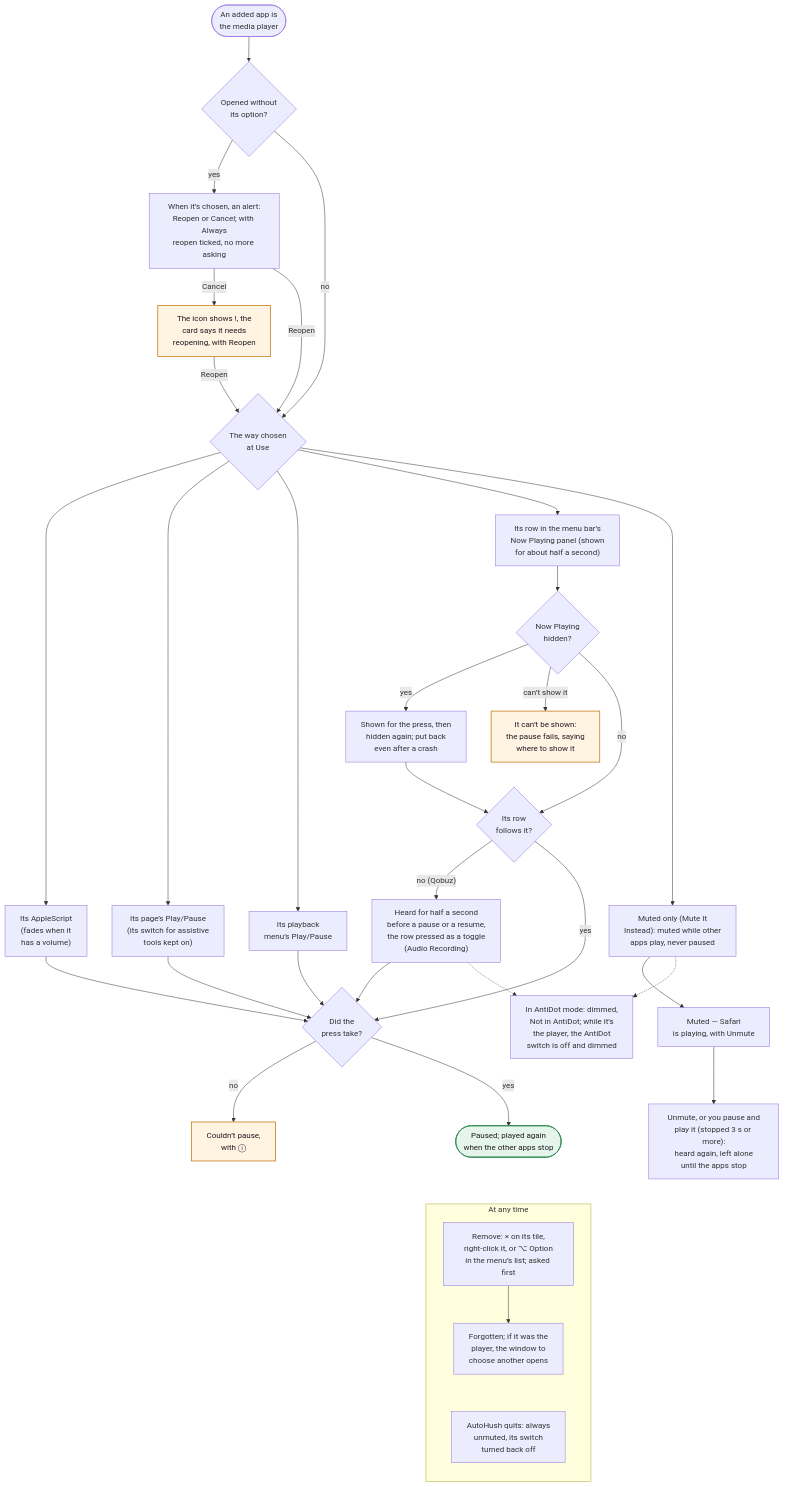
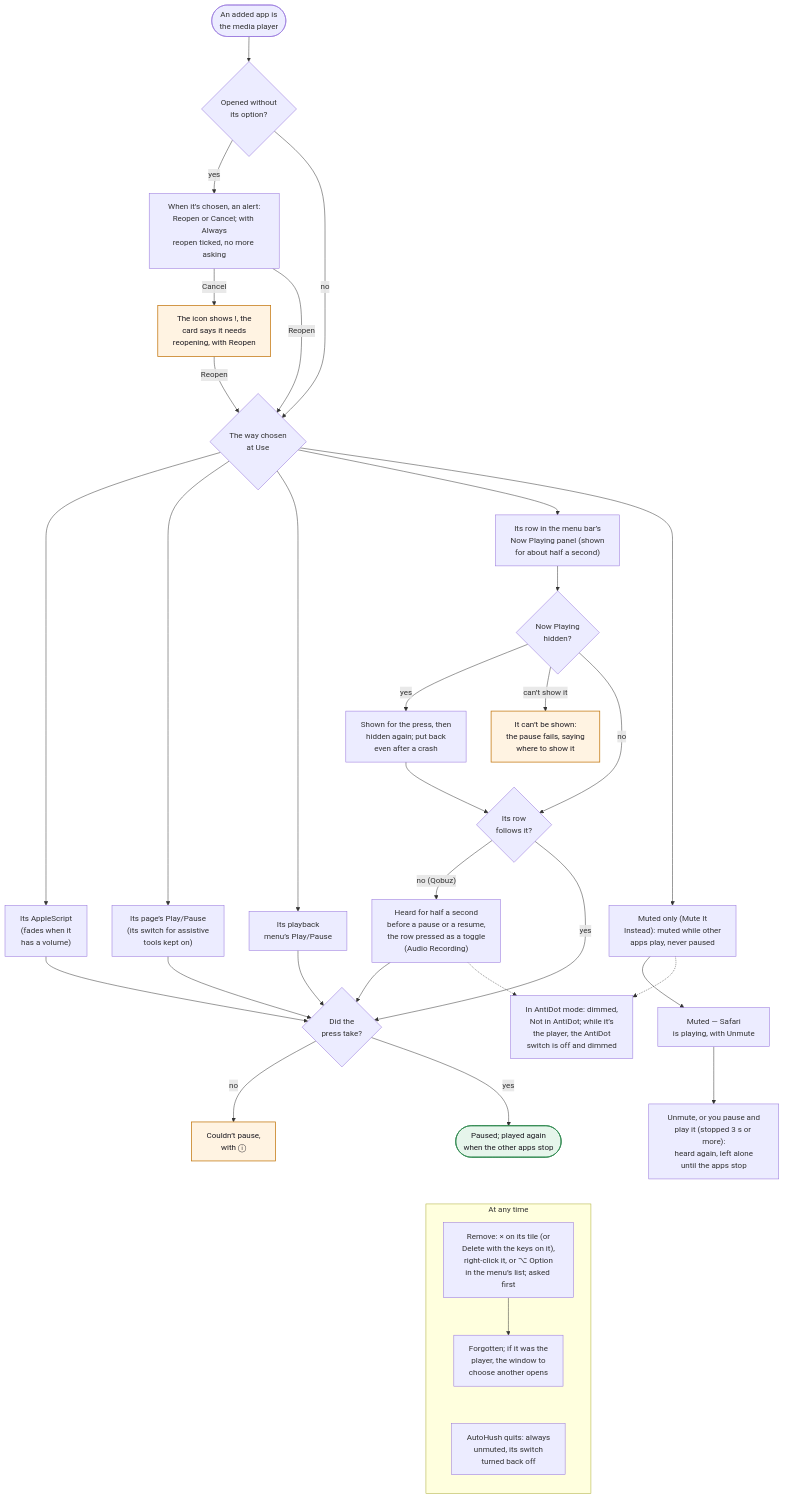
One commit to hfustercabre/AutoHush changed diagram 11 of 14 in WORKFLOWS.md. Above: the diagram before and after it, drawn with Mermaid. The commit also changed other lines of this file and 46 other files, not shown here.

````diff
--- a/WORKFLOWS.md
+++ b/WORKFLOWS.md
@@ -558,59 +558,59 @@
 ```mermaid
 flowchart TD
   P(["An added app is<br/>the media player"])
   RE{"Opened without<br/>its option?"}
   ALERT["When it’s chosen, an alert:<br/>Reopen or Cancel; with Always<br/>reopen ticked, no more asking"]
   CARD["The icon shows !, the<br/>card says it needs<br/>reopening, with Reopen"]
   WAY{"The way chosen<br/>at Use"}
   SCR["Its AppleScript<br/>(fades when it<br/>has a volume)"]
   PAGE["Its page’s Play/Pause<br/>(its switch for assistive<br/>tools kept on)"]
   MENU["Its playback<br/>menu’s Play/Pause"]
   PANEL["Its row in the menu bar’s<br/>Now Playing panel (shown<br/>for about half a second)"]
   HID{"Now Playing<br/>hidden?"}
   SHOWN["Shown for the press, then<br/>hidden again; put back<br/>even after a crash"]
   CANT["It can’t be shown:<br/>the pause fails, saying<br/>where to show it"]
   STALE{"Its row<br/>follows it?"}
   HEAR["Heard for half a second<br/>before a pause or a resume,<br/>the row pressed as a toggle<br/>(Audio Recording)"]
   TOOK{"Did the<br/>press take?"}
   FAIL["Couldn’t pause,<br/>with ⓘ"]
   OKP(["Paused; played again<br/>when the other apps stop"])
   MUTE["Muted only (Mute It<br/>Instead): muted while other<br/>apps play, never paused"]
   MUTED["Muted — Safari<br/>is playing, with Unmute"]
   UNM["Unmute, or you pause and<br/>play it (stopped 3 s or more):<br/>heard again, left alone<br/>until the apps stop"]
   ANTI["In AntiDot mode: dimmed,<br/>Not in AntiDot; while it’s<br/>the player, the AntiDot<br/>switch is off and dimmed"]
   subgraph ANY["At any time"]
     direction TB
-    REM["Remove: × on its tile,<br/>right-click it, or ⌥ Option<br/>in the menu’s list; asked first"]
+    REM["Remove: × on its tile (or<br/>Delete with the keys on it),<br/>right-click it, or ⌥ Option<br/>in the menu’s list; asked first"]
     GONE["Forgotten; if it was the<br/>player, the window to<br/>choose another opens"]
     QUIT["AutoHush quits: always<br/>unmuted, its switch<br/>turned back off"]
   end
 
   P --> RE
   RE -->|"yes"| ALERT
   ALERT -->|"Cancel"| CARD
   ALERT -->|"Reopen"| WAY
   CARD -->|"Reopen"| WAY
   RE -->|"no"| WAY
   WAY --> SCR --> TOOK
   WAY --> PAGE --> TOOK
   WAY --> MENU --> TOOK
   WAY --> PANEL --> HID
   HID -->|"yes"| SHOWN --> STALE
   HID -->|"can’t show it"| CANT
   HID -->|"no"| STALE
   STALE -->|"no (Qobuz)"| HEAR --> TOOK
   STALE -->|"yes"| TOOK
   TOOK -->|"no"| FAIL
   TOOK -->|"yes"| OKP
   WAY --> MUTE --> MUTED --> UNM
   MUTE -.-> ANTI
   HEAR -.-> ANTI
   OKP ~~~ REM
   REM --> GONE
   GONE ~~~ QUIT
 
   class FAIL,CANT,CARD warn
   class OKP done
   classDef warn fill:#fff3e2,stroke:#c47812,stroke-width:1.5px,color:#1d1b22
   classDef done fill:#e6f5eb,stroke:#2f8a50,stroke-width:1.5px,color:#1d1b22
 ```
````
